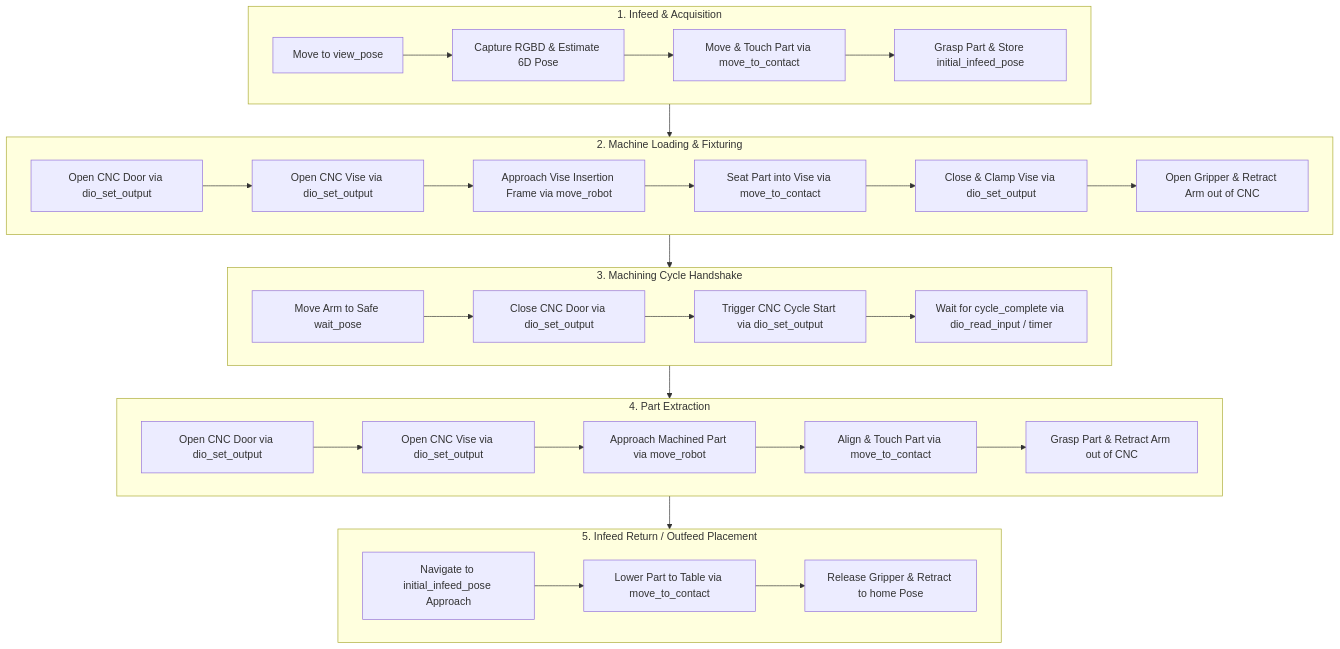
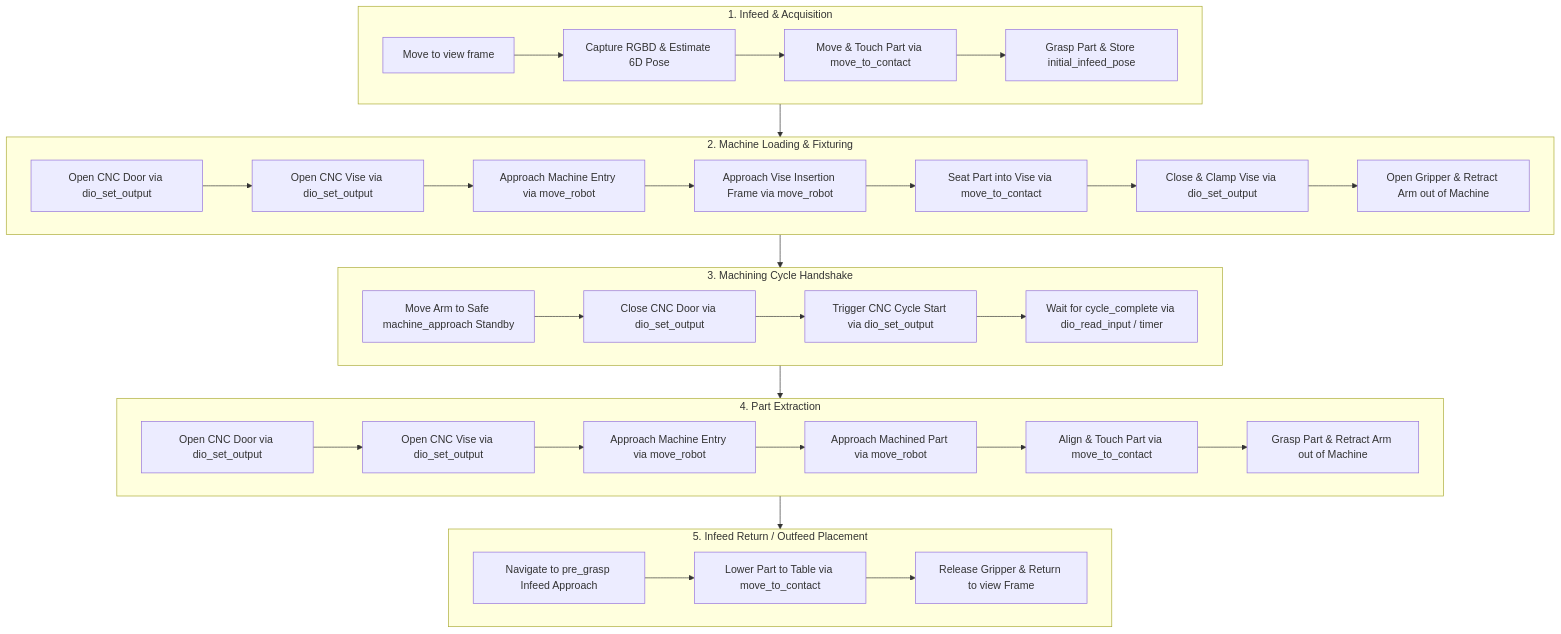
The diagram in README.md (intrinsic-ai/intrinsic-omts), drawn with Mermaid before and after one commit. The commit also changed other lines of this file, not shown here.

````diff
--- a/README.md
+++ b/README.md
@@ -11,39 +11,41 @@
 ```mermaid
 flowchart TD
     subgraph INFEED["1. Infeed & Acquisition"]
-        A1[Move to view_pose] --> A2[Capture RGBD & Estimate 6D Pose]
+        A1[Move to view frame] --> A2[Capture RGBD & Estimate 6D Pose]
         A2 --> A3[Move & Touch Part via move_to_contact]
         A3 --> A4[Grasp Part & Store initial_infeed_pose]
     end
 
     subgraph CNC_LOAD["2. Machine Loading & Fixturing"]
         B1[Open CNC Door via dio_set_output] --> B2[Open CNC Vise via dio_set_output]
-        B2 --> B3[Approach Vise Insertion Frame via move_robot]
-        B3 --> B4[Seat Part into Vise via move_to_contact]
-        B4 --> B5[Close & Clamp Vise via dio_set_output]
-        B5 --> B6[Open Gripper & Retract Arm out of CNC]
+        B2 --> B3[Approach Machine Entry via move_robot]
+        B3 --> B4[Approach Vise Insertion Frame via move_robot]
+        B4 --> B5[Seat Part into Vise via move_to_contact]
+        B5 --> B6[Close & Clamp Vise via dio_set_output]
+        B6 --> B7[Open Gripper & Retract Arm out of Machine]
     end
 
     subgraph MACHINING["3. Machining Cycle Handshake"]
-        C1[Move Arm to Safe wait_pose] --> C2[Close CNC Door via dio_set_output]
+        C1[Move Arm to Safe machine_approach Standby] --> C2[Close CNC Door via dio_set_output]
         C2 --> C3[Trigger CNC Cycle Start via dio_set_output]
         C3 --> C4[Wait for cycle_complete via dio_read_input / timer]
     end
 
     subgraph CNC_UNLOAD["4. Part Extraction"]
         D1[Open CNC Door via dio_set_output] --> D2[Open CNC Vise via dio_set_output]
-        D2 --> D3[Approach Machined Part via move_robot]
-        D3 --> D4[Align & Touch Part via move_to_contact]
-        D4 --> D5[Grasp Part & Retract Arm out of CNC]
+        D2 --> D3[Approach Machine Entry via move_robot]
+        D3 --> D4[Approach Machined Part via move_robot]
+        D4 --> D5[Align & Touch Part via move_to_contact]
+        D5 --> D6[Grasp Part & Retract Arm out of Machine]
     end
 
     subgraph OUTFEED["5. Infeed Return / Outfeed Placement"]
-        E1[Navigate to initial_infeed_pose Approach] --> E2[Lower Part to Table via move_to_contact]
-        E2 --> E3[Release Gripper & Retract to home Pose]
+        E1[Navigate to pre_grasp Infeed Approach] --> E2[Lower Part to Table via move_to_contact]
+        E2 --> E3[Release Gripper & Return to view Frame]
     end
 
     INFEED --> CNC_LOAD
     CNC_LOAD --> MACHINING
     MACHINING --> CNC_UNLOAD
     CNC_UNLOAD --> OUTFEED
 ```
````
